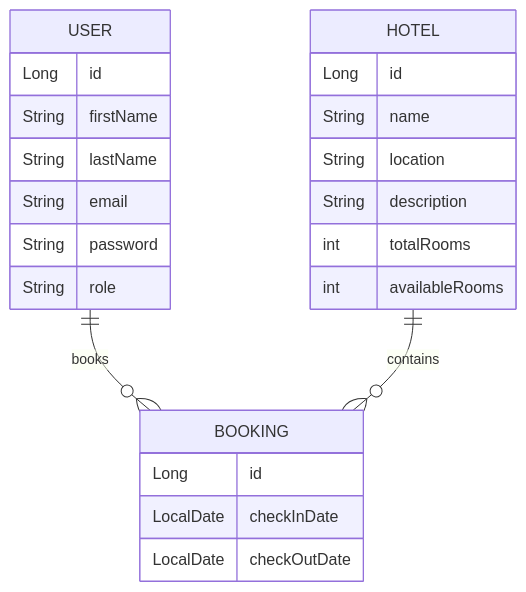
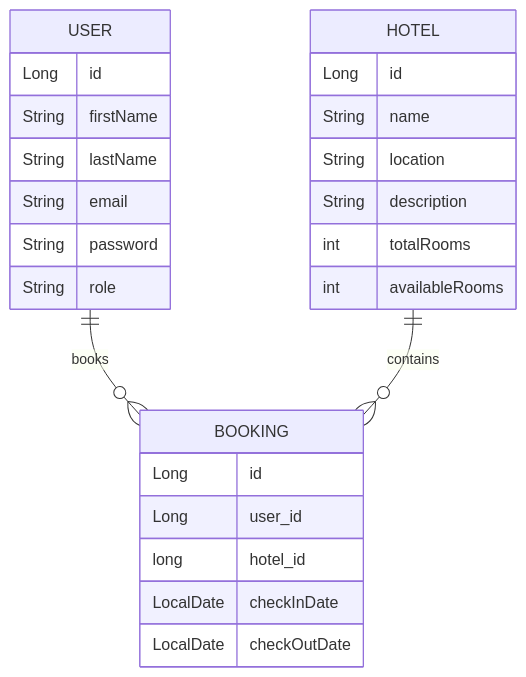
One commit to azkar7307/ME_BUILDOUT_STAYEASE changed the second of 2 diagrams in README.md. Above: the diagram before and after it, drawn with Mermaid.

Commit message:
ME_BUILDOUT_STAYEASE_MODULE_L1

````diff
--- a/README.md
+++ b/README.md
@@ -76,29 +76,31 @@
 ```mermaid
 erDiagram
     USER {
         Long id
         String firstName
         String lastName
         String email
         String password
         String role
     }
 
     HOTEL {
         Long id
         String name
         String location
         String description
         int totalRooms
         int availableRooms
     }
 
     BOOKING {
         Long id
+        Long user_id
+        long hotel_id
         LocalDate checkInDate
         LocalDate checkOutDate
     }
 
     USER ||--o{ BOOKING : books
     HOTEL ||--o{ BOOKING : contains
 ```
````
